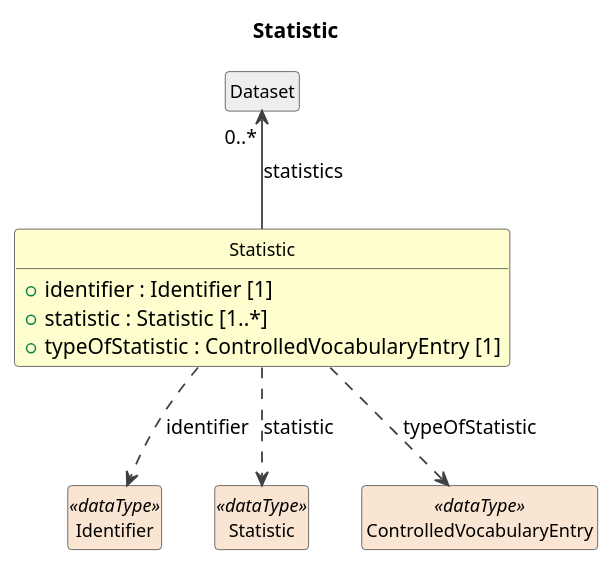
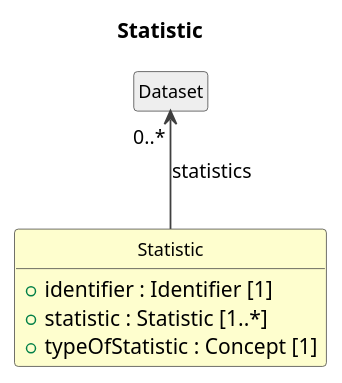
The diagram in build/plantuml/cdifDataDescription/Classes/Statistic.pu (Cross-Domain-Interoperability-Framework/metadataBuildingBlocks), drawn with PlantUML before and after one commit. The commit also changed 237 other files, not shown here.

```diff
--- a/build/plantuml/cdifDataDescription/Classes/Statistic.pu
+++ b/build/plantuml/cdifDataDescription/Classes/Statistic.pu
@@ -1,27 +1,21 @@
 @startuml
 title Statistic
 hide circle
 hide empty members
 skinparam shadowing false
 skinparam ArrowThickness 1.2
 skinparam class {
   ArrowColor #404040
   BorderColor #404040
   FontSize 12
 }
 
 class "Statistic" as Statistic #FEFECE {
   +identifier : Identifier [1]
   +statistic : Statistic [1..*]
-  +typeOfStatistic : ControlledVocabularyEntry [1]
+  +typeOfStatistic : Concept [1]
 }
 class "Dataset" as Dataset #EEEEEE
 Dataset "0..*" <-- Statistic : statistics
-class "Identifier" as Identifier <<dataType>> #FAE5D3
-Statistic ..> Identifier : identifier
-class "Statistic" as Statistic_x <<dataType>> #FAE5D3
-Statistic ..> Statistic_x : statistic
-class "ControlledVocabularyEntry" as ControlledVocabularyEntry <<dataType>> #FAE5D3
-Statistic ..> ControlledVocabularyEntry : typeOfStatistic
 
 @enduml
```
